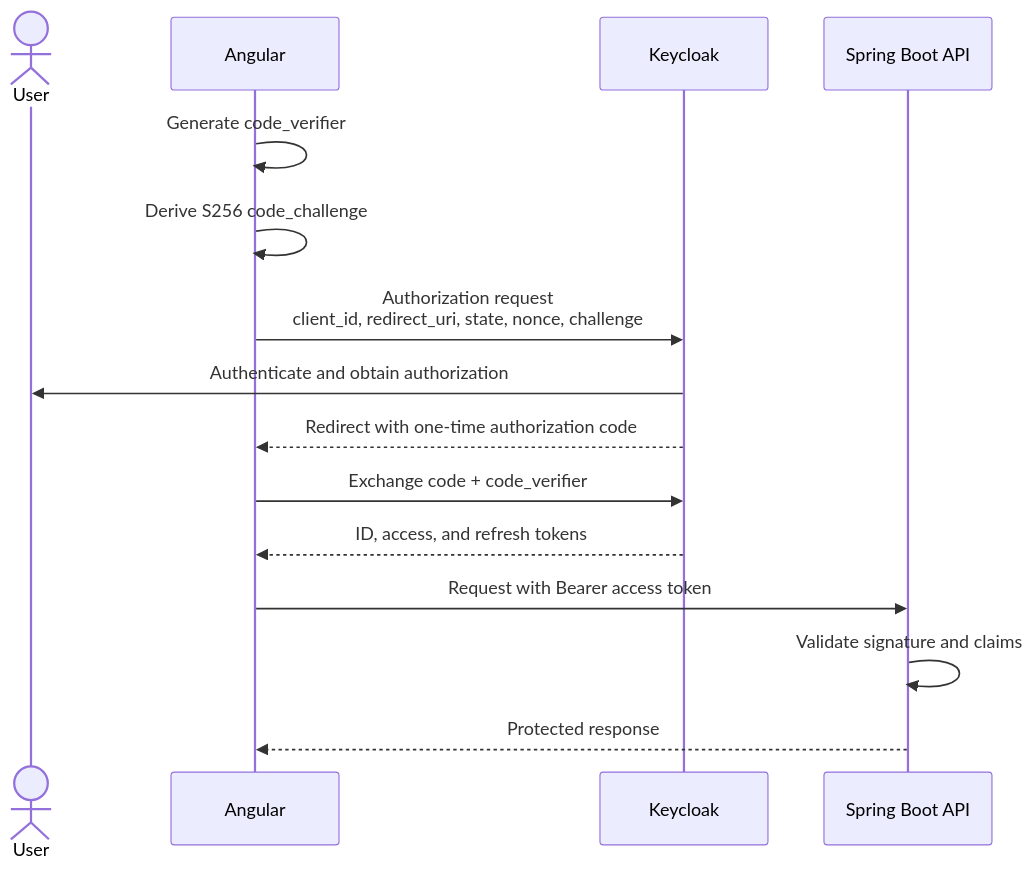
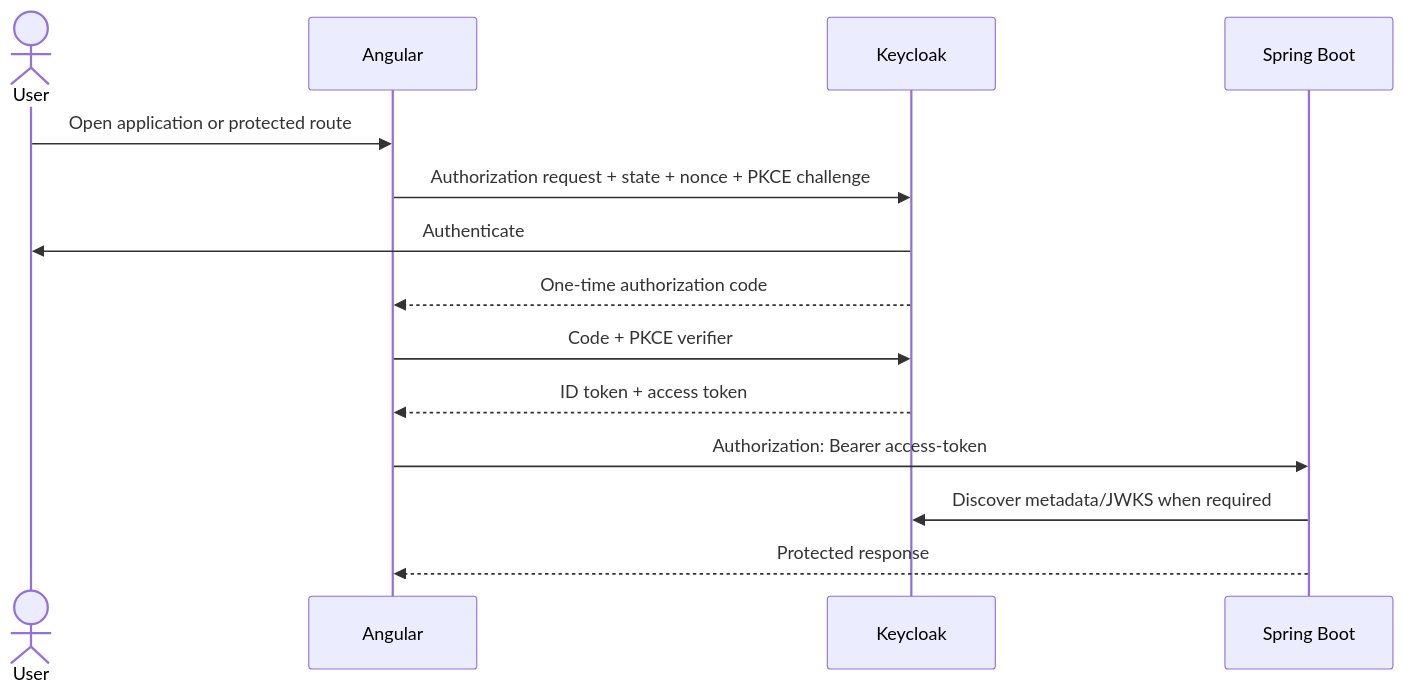
One commit to Felipao724/opsflow changed the second of 4 diagrams in docs/architecture/m1-identity-and-tenancy-design.md. Above: the diagram before and after it, drawn with Mermaid. The commit also changed other lines of this file and 11 other files, not shown here.

Commit message:
docs(architecture): document M1 identity and tenancy

````diff
--- a/docs/architecture/m1-identity-and-tenancy-design.md
+++ b/docs/architecture/m1-identity-and-tenancy-design.md
@@ -124,18 +78,17 @@
 ```mermaid
 sequenceDiagram
     actor User
     participant Angular
     participant Keycloak
-    participant API as Spring Boot API
+    participant API as Spring Boot
 
-    Angular->>Angular: Generate code_verifier
-    Angular->>Angular: Derive S256 code_challenge
-    Angular->>Keycloak: Authorization request<br/>client_id, redirect_uri, state, nonce, challenge
-    Keycloak->>User: Authenticate and obtain authorization
-    Keycloak-->>Angular: Redirect with one-time authorization code
-    Angular->>Keycloak: Exchange code + code_verifier
-    Keycloak-->>Angular: ID, access, and refresh tokens
-    Angular->>API: Request with Bearer access token
-    API->>API: Validate signature and claims
+    User->>Angular: Open application or protected route
+    Angular->>Keycloak: Authorization request + state + nonce + PKCE challenge
+    Keycloak->>User: Authenticate
+    Keycloak-->>Angular: One-time authorization code
+    Angular->>Keycloak: Code + PKCE verifier
+    Keycloak-->>Angular: ID token + access token
+    Angular->>API: Authorization: Bearer access-token
+    API->>Keycloak: Discover metadata/JWKS when required
     API-->>Angular: Protected response
 ```
````
